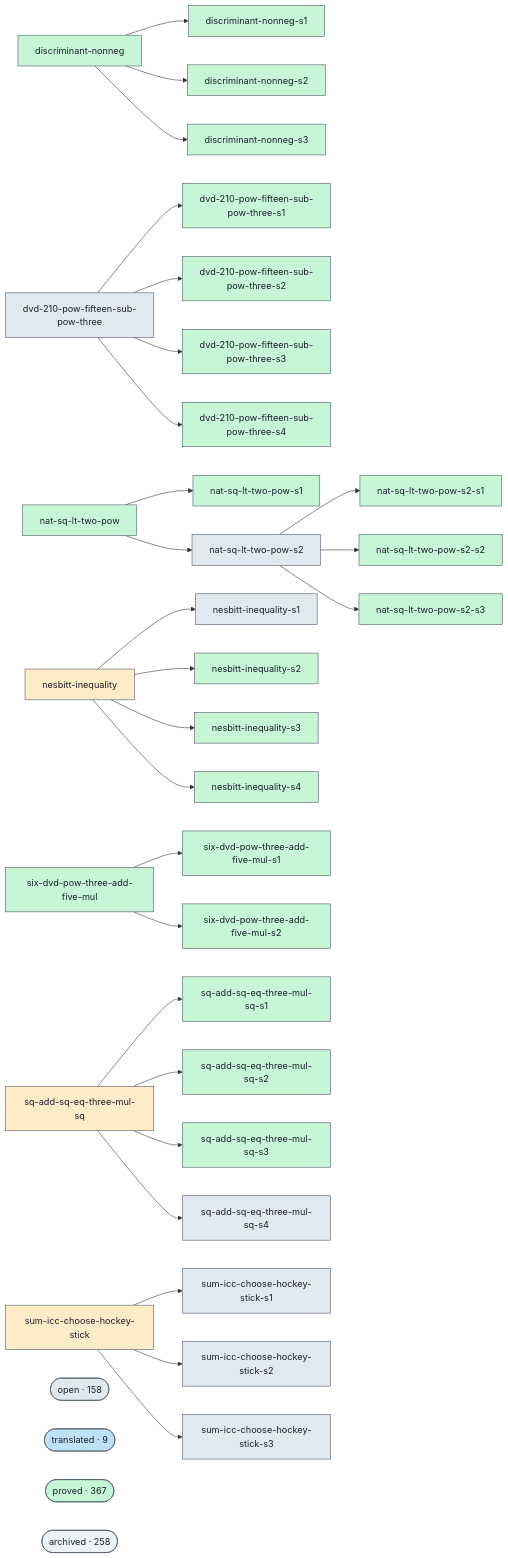
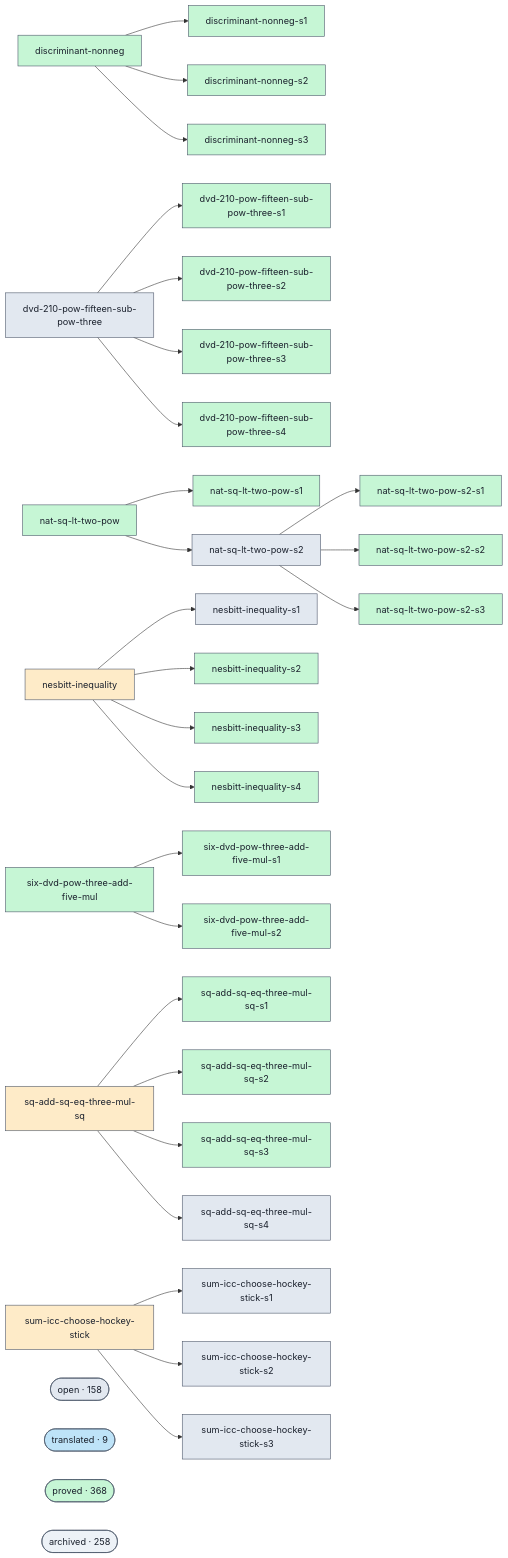
Before and after one commit to Rauxon/unsorry: the diagram in docs/proofs-contributors-visualisation.md, drawn with Mermaid. The commit also changed other lines of this file and 2 other files, not shown here.

```diff
--- a/docs/proofs-contributors-visualisation.md
+++ b/docs/proofs-contributors-visualisation.md
@@ -147,7 +147,7 @@
   class cluster_open open;
   cluster_translated(["translated · 9"])
   class cluster_translated translated;
-  cluster_proved(["proved · 367"])
+  cluster_proved(["proved · 368"])
   class cluster_proved proved;
   cluster_archived(["archived · 258"])
   class cluster_archived unknown;
```
